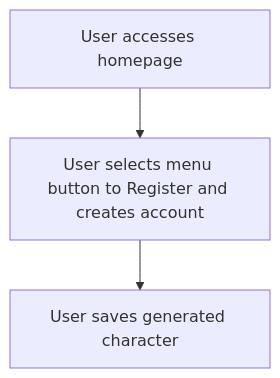
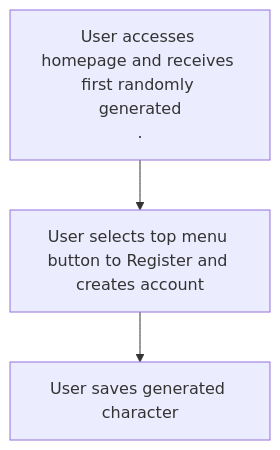
One commit to Wren00/create-an-orc changed the third of 6 diagrams in README.md. Above: the diagram before and after it, drawn with Mermaid. The commit also changed other lines of this file, not shown here.

````diff
--- a/README.md
+++ b/README.md
@@ -547,4 +547,5 @@
 ```mermaid
 flowchart TD
- 	A[User accesses homepage]  --> B[User selects menu button to Register and creates account] --> C[User saves generated character]
+ 	A[User accesses homepage and receives first randomly generated
+.]  --> B[User selects top menu button to Register and creates account] --> C[User saves generated character]
 ```
````
